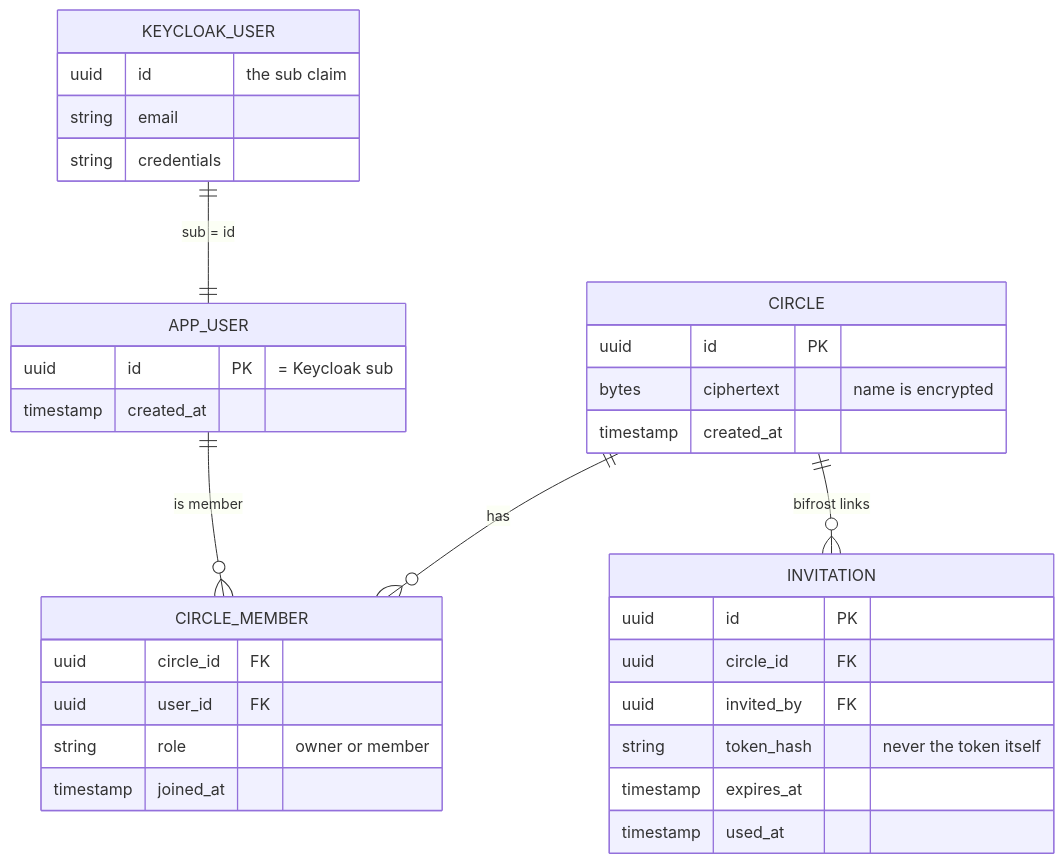
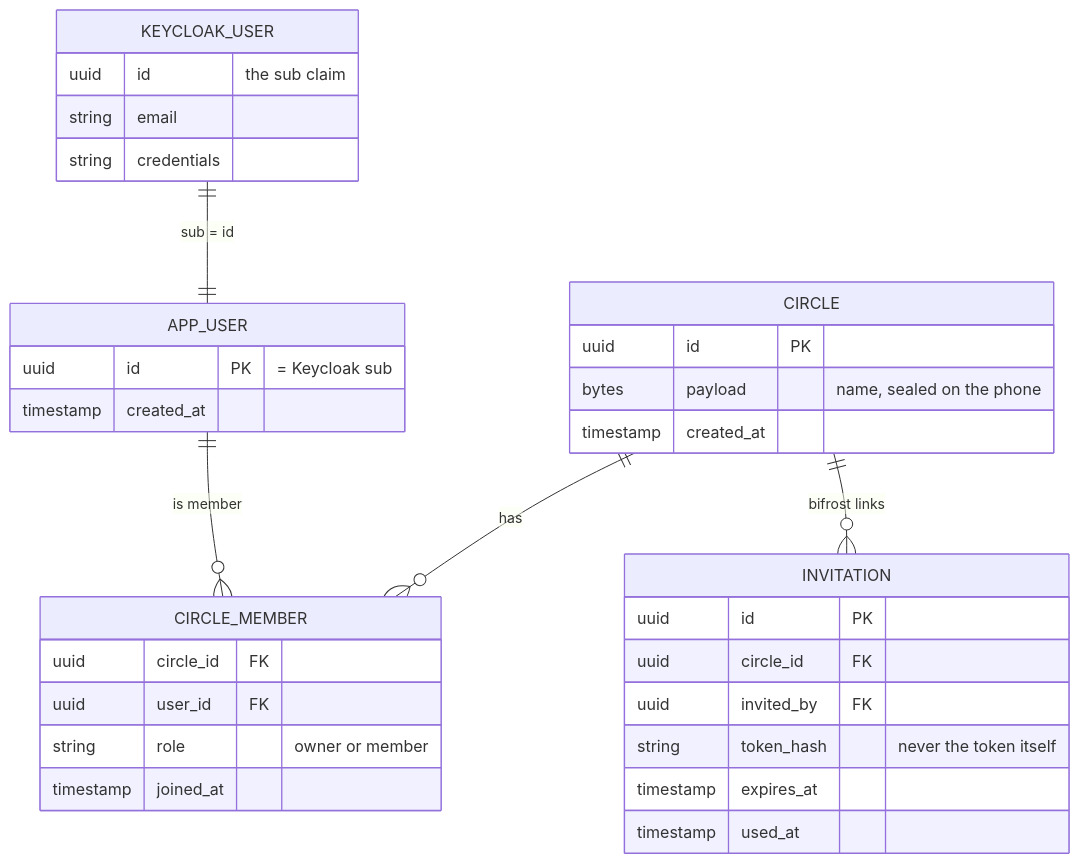
The second of 5 diagrams in docs/architecture/auth-flow.md (projectlinden/linden), drawn with Mermaid before and after one commit. The commit also changed other lines of this file and 36 other files, not shown here.

````diff
--- a/docs/architecture/auth-flow.md
+++ b/docs/architecture/auth-flow.md
@@ -55,36 +55,36 @@
 ```mermaid
 erDiagram
     KEYCLOAK_USER ||--|| APP_USER : "sub = id"
     APP_USER ||--o{ CIRCLE_MEMBER : "is member"
     CIRCLE ||--o{ CIRCLE_MEMBER : "has"
     CIRCLE ||--o{ INVITATION : "bifrost links"
 
     KEYCLOAK_USER {
         uuid id "the sub claim"
         string email
         string credentials
     }
     APP_USER {
         uuid id PK "= Keycloak sub"
         timestamp created_at
     }
     CIRCLE {
         uuid id PK
-        bytes ciphertext "name is encrypted"
+        bytes payload "name, sealed on the phone"
         timestamp created_at
     }
     CIRCLE_MEMBER {
         uuid circle_id FK
         uuid user_id FK
         string role "owner or member"
         timestamp joined_at
     }
     INVITATION {
         uuid id PK
         uuid circle_id FK
         uuid invited_by FK
         string token_hash "never the token itself"
         timestamp expires_at
         timestamp used_at
     }
 ```
````
